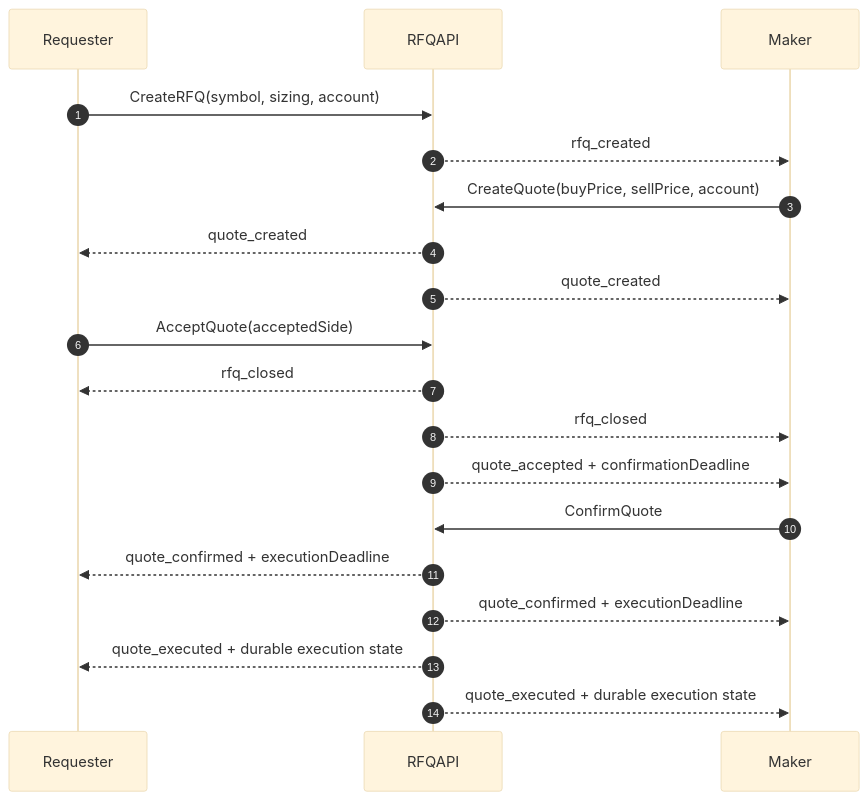
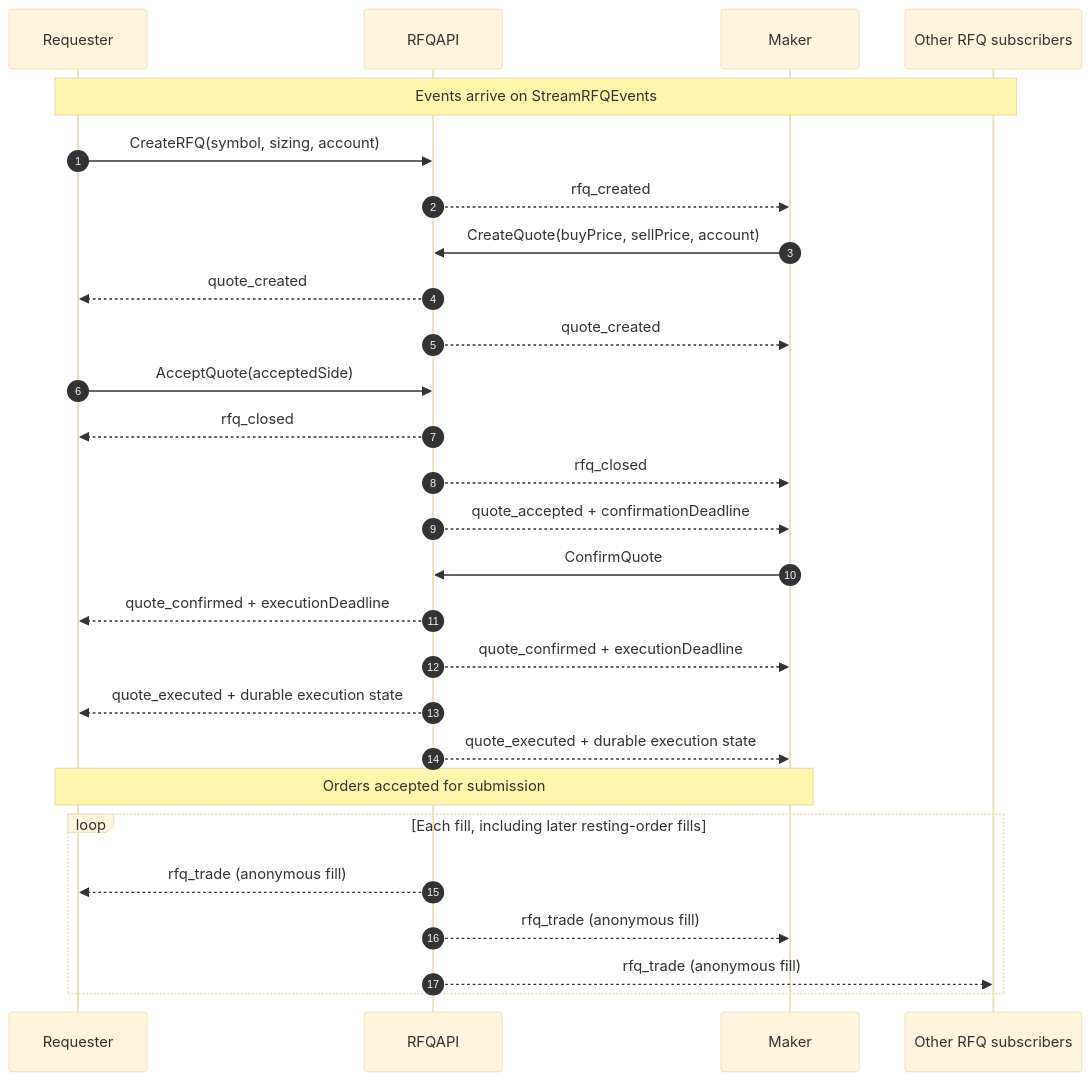
The diagram in docs/institutional/rfqs/overview.md (justrhoto/polymarket-us-docs), drawn with Mermaid (base theme) before and after one commit. The commit also changed other lines of this file and 20 other files, not shown here.

````diff
--- a/docs/institutional/rfqs/overview.md
+++ b/docs/institutional/rfqs/overview.md
@@ -39,22 +40,30 @@
 ```mermaid theme={null}
 sequenceDiagram
     autonumber
     participant R as Requester
     participant API as RFQAPI
     participant M as Maker
+    participant S as Other RFQ subscribers
 
+    Note over R,S: Events arrive on StreamRFQEvents
     R->>API: CreateRFQ(symbol, sizing, account)
     API-->>M: rfq_created
     M->>API: CreateQuote(buyPrice, sellPrice, account)
     API-->>R: quote_created
     API-->>M: quote_created
     R->>API: AcceptQuote(acceptedSide)
     API-->>R: rfq_closed
     API-->>M: rfq_closed
     API-->>M: quote_accepted + confirmationDeadline
     M->>API: ConfirmQuote
     API-->>R: quote_confirmed + executionDeadline
     API-->>M: quote_confirmed + executionDeadline
     API-->>R: quote_executed + durable execution state
     API-->>M: quote_executed + durable execution state
+    Note over R,M: Orders accepted for submission
+    loop Each fill, including later resting-order fills
+        API-->>R: rfq_trade (anonymous fill)
+        API-->>M: rfq_trade (anonymous fill)
+        API-->>S: rfq_trade (anonymous fill)
+    end
 ```
````
